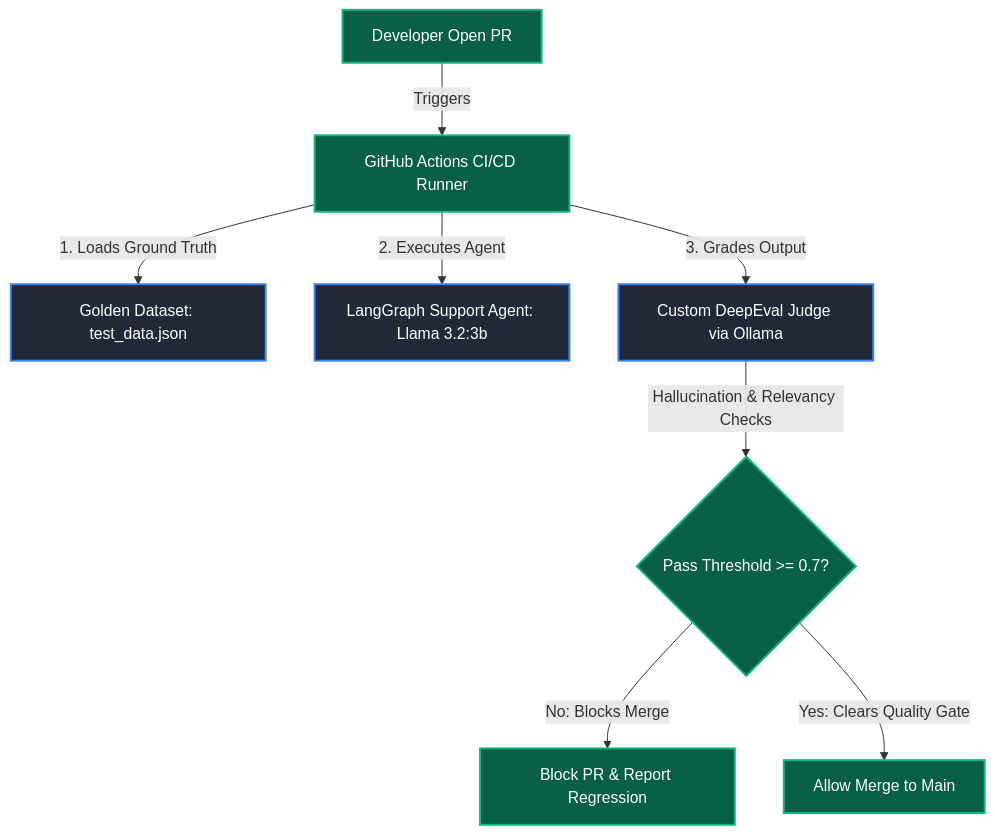
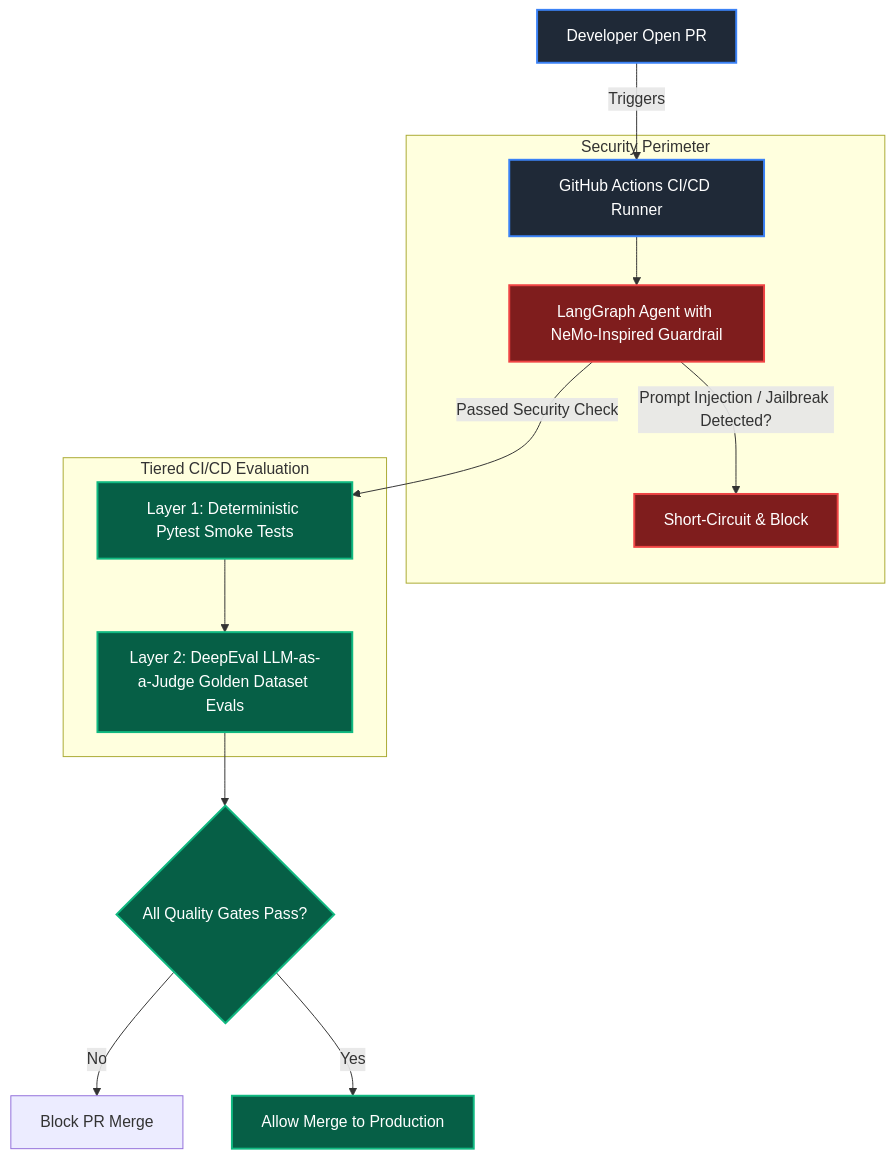
One commit to jayant132/agentic-eval-harness changed the diagram in README.md. Above: the diagram before and after it, drawn with Mermaid. The commit also changed other lines of this file, not shown here.

````diff
--- a/README.md
+++ b/README.md
@@ -18,21 +18,26 @@
 ```mermaid
 graph TD
     classDef dev fill:#1f2937,stroke:#3b82f6,stroke-width:2px,color:#fff;
     classDef cicd fill:#065f46,stroke:#10b981,stroke-width:2px,color:#fff;
-    classDef prod fill:#1e1b4b,stroke:#8b5cf6,stroke-width:2px,color:#fff;
+    classDef sec fill:#7f1d1d,stroke:#ef4444,stroke-width:2px,color:#fff;
 
     Developer[Developer Open PR] -->|Triggers| CI[GitHub Actions CI/CD Runner]
     
-    CI -->|1. Loads Ground Truth| Golden[Golden Dataset: test_data.json]
-    CI -->|2. Executes Agent| Agent[LangGraph Support Agent: Llama 3.2:3b]
-    CI -->|3. Grades Output| Judge[Custom DeepEval Judge via Ollama]
-    
-    Judge -->|Hallucination & Relevancy Checks| Gate{Pass Threshold >= 0.7?}
-    Gate -->|No: Blocks Merge| Fail[Block PR & Report Regression]
-    Gate -->|Yes: Clears Quality Gate| Success[Allow Merge to Main]
+    subgraph Security Perimeter
+        CI --> Agent[LangGraph Agent with NeMo-Inspired Guardrail]:::sec
+        Agent -->|Prompt Injection / Jailbreak Detected?| Block[Short-Circuit & Block]:::sec
+    end
 
-    class Developer,CI cicd;
-    class Golden,Agent,Judge dev;
-    class Gate,Fail,Success cicd;
+    subgraph Tiered CI/CD Evaluation
+        Agent -->|Passed Security Check| Layer1[Layer 1: Deterministic Pytest Smoke Tests]:::cicd
+        Layer1 --> Layer2[Layer 2: DeepEval LLM-as-a-Judge Golden Dataset Evals]:::cicd
+    end
+
+    Layer2 --> Gate{All Quality Gates Pass?}
+    Gate -->|No| Fail[Block PR Merge]
+    Gate -->|Yes| Success[Allow Merge to Production]
+
+    class Developer,CI dev;
+    class Layer1,Layer2,Gate,Success cicd;
 
 ```
````
